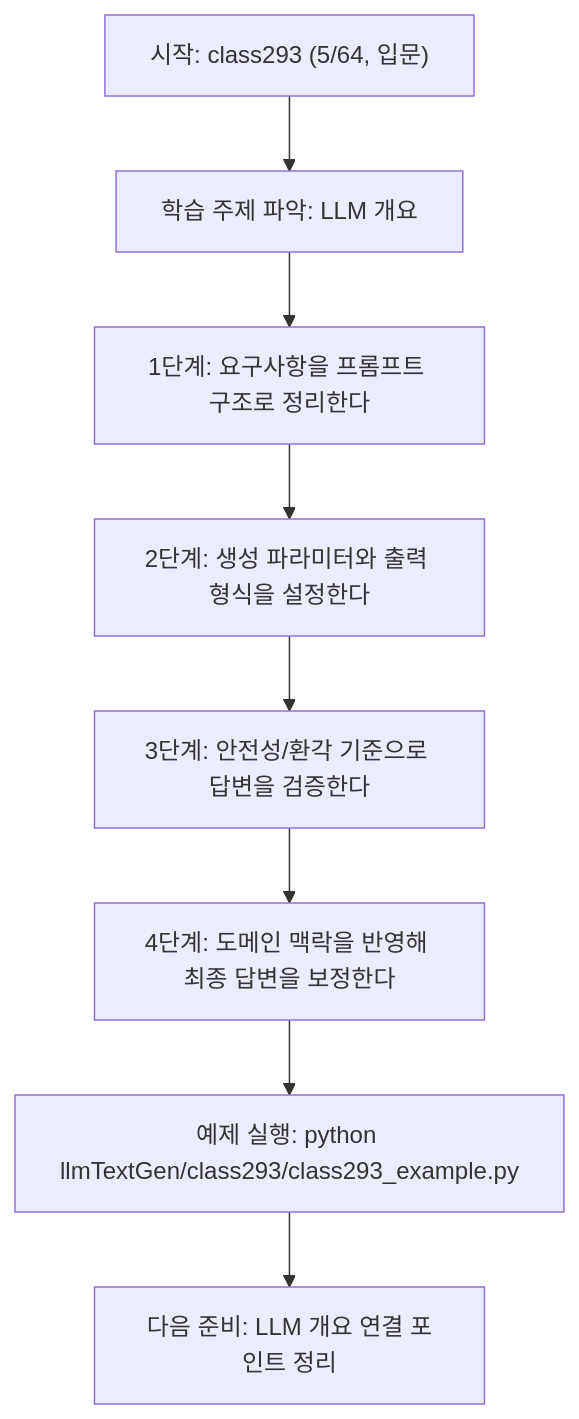
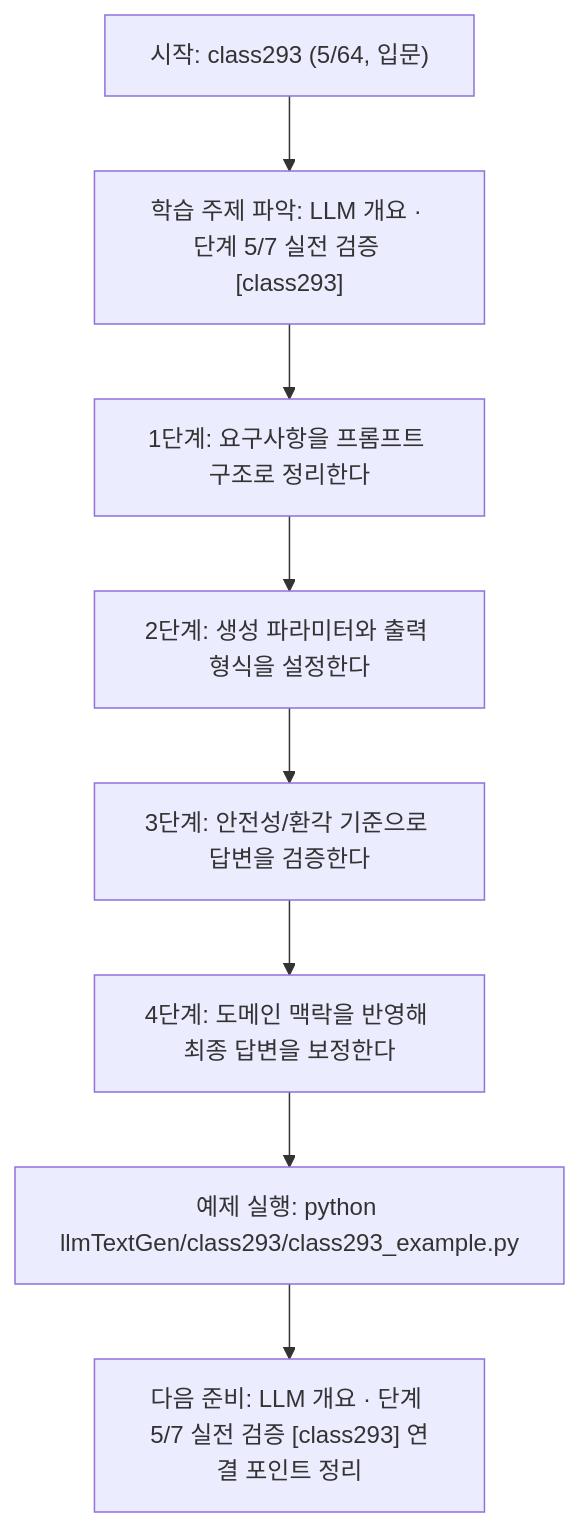
The diagram in llmTextGen/class293/class293.md (edumgt/Python-AI_Agent-Class), drawn with Mermaid before and after one commit. The commit also changed other lines of this file and 522 other files, not shown here.

````diff
--- a/llmTextGen/class293/class293.md
+++ b/llmTextGen/class293/class293.md
@@ -112,18 +113,18 @@
 ```mermaid
 flowchart TD
 N1["시작: class293 (5/64, 입문)"]
-N2["학습 주제 파악: LLM 개요"]
+N2["학습 주제 파악: LLM 개요 · 단계 5/7 실전 검증 [class293]"]
 N3["1단계: 요구사항을 프롬프트 구조로 정리한다"]
 N4["2단계: 생성 파라미터와 출력 형식을 설정한다"]
 N5["3단계: 안전성/환각 기준으로 답변을 검증한다"]
 N6["4단계: 도메인 맥락을 반영해 최종 답변을 보정한다"]
 N7["예제 실행: python llmTextGen/class293/class293_example.py"]
-N8["다음 준비: LLM 개요 연결 포인트 정리"]
+N8["다음 준비: LLM 개요 · 단계 5/7 실전 검증 [class293] 연결 포인트 정리"]
 N1 --> N2
 N2 --> N3
 N3 --> N4
 N4 --> N5
 N5 --> N6
 N6 --> N7
 N7 --> N8
 ```
````
